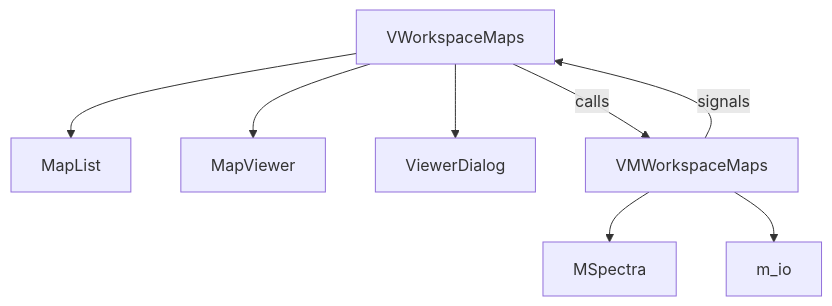
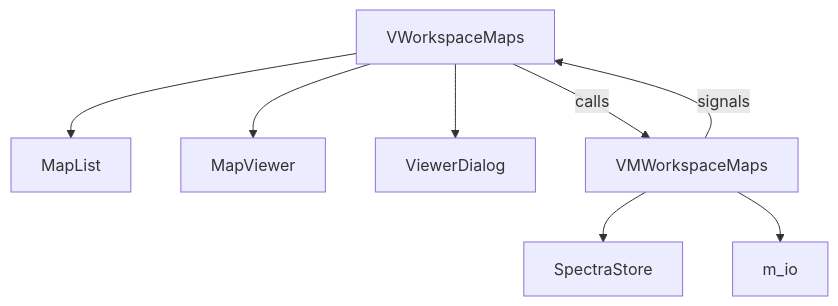
Before and after one commit to CEA-MetroCarac/SPECTROview: the first of 2 diagrams in docs/developer/maps.md, drawn with Mermaid. The commit also changed other lines of this file and 17 other files, not shown here.

Commit message:
SPECTRA_STORE1: Spectra Workspace: fix Copy/paste/substract baseline

````diff
--- a/docs/developer/maps.md
+++ b/docs/developer/maps.md
@@ -9,12 +8,12 @@
 ```mermaid
 graph TD
     VWM["VWorkspaceMaps"] --> ML["MapList"]
     VWM --> MV["MapViewer"]
     VWM --> MVD["ViewerDialog"]
 
     VWM -->|"calls"| VMWM["VMWorkspaceMaps"]
     VMWM -->|"signals"| VWM
 
-    VMWM --> MSS["MSpectra"]
+    VMWM --> MSS["SpectraStore"]
     VMWM --> IO["m_io"]
 ```
````
